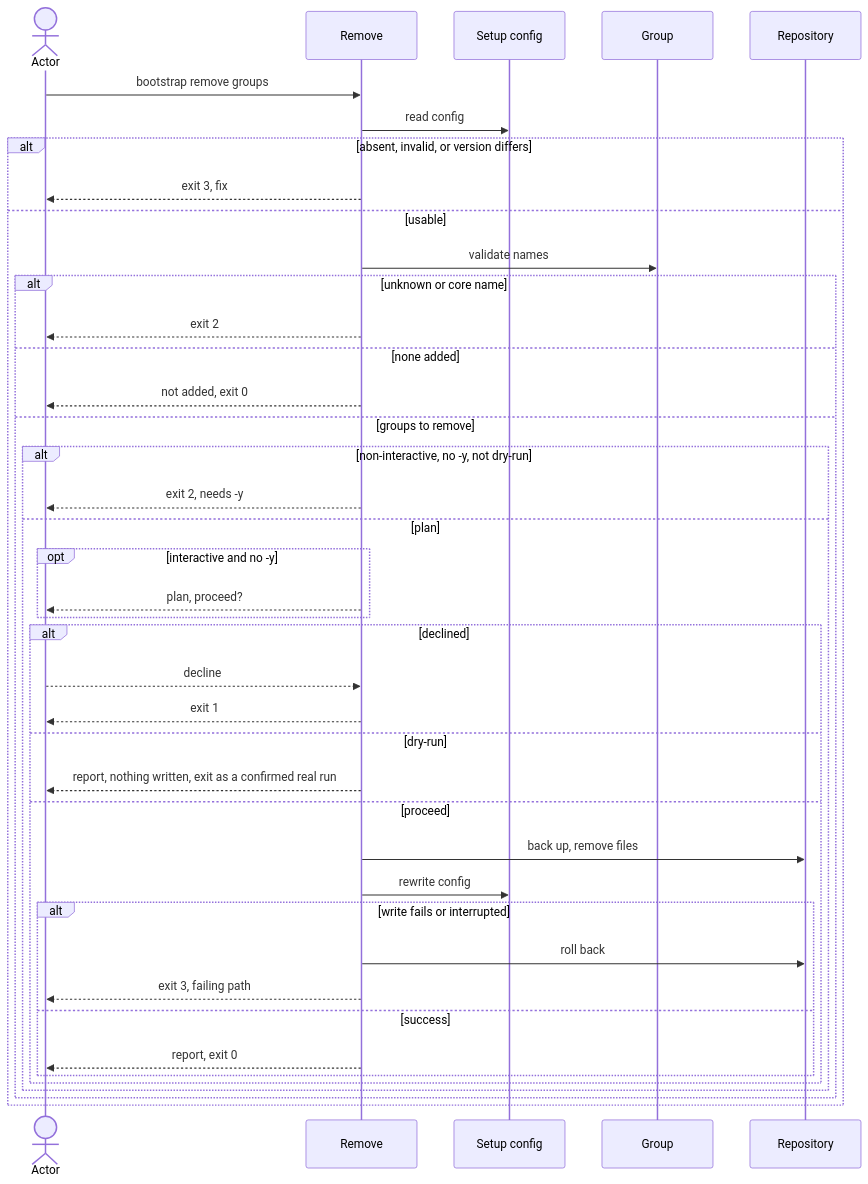
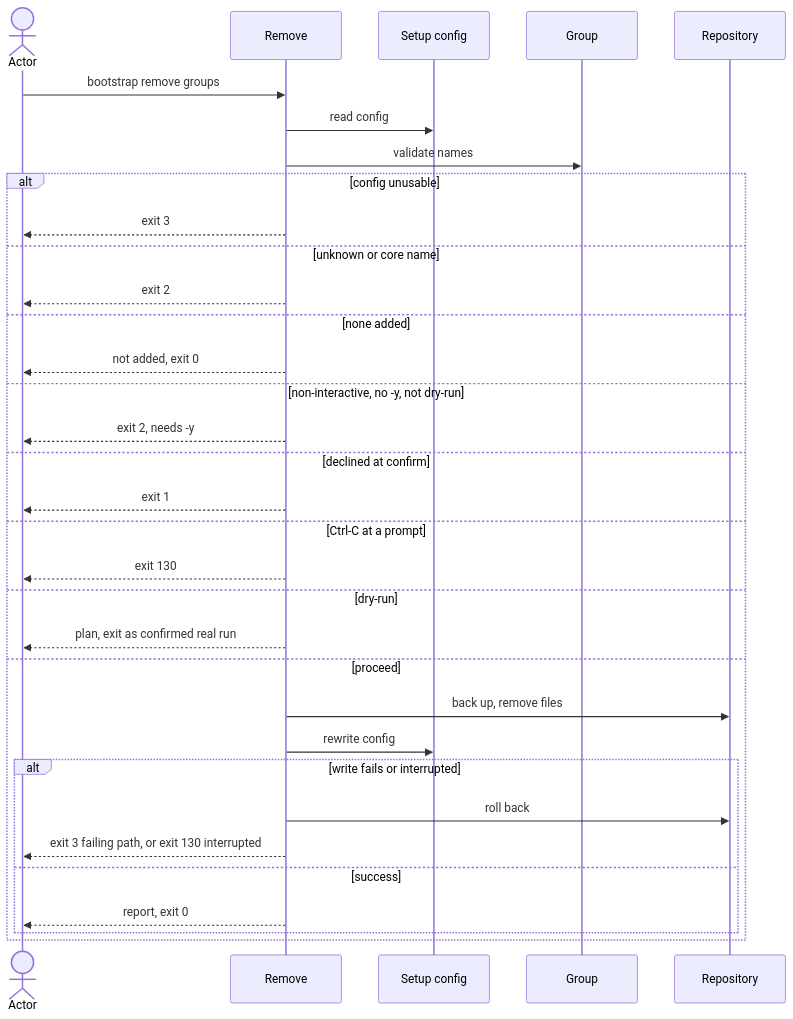
The diagram in docs/blueprint/flows/cli/150-remove-group/index.md (virajp/bootstrap), drawn with Mermaid before and after one commit. The commit also changed other lines of this file and 14 other files, not shown here.

Commit message:
docs: blueprint flow site/110-documentation, density pass, coherence fixes, coverage complete

````diff
--- a/docs/blueprint/flows/cli/150-remove-group/index.md
+++ b/docs/blueprint/flows/cli/150-remove-group/index.md
@@ -86,43 +76,35 @@
 ```mermaid
 sequenceDiagram
     actor O as Actor
     participant M as Remove
     participant C as Setup config
     participant G as Group
     participant R as Repository
     O->>M: bootstrap remove groups
     M->>C: read config
-    alt absent, invalid, or version differs
-        M-->>O: exit 3, fix
-    else usable
-        M->>G: validate names
-        alt unknown or core name
-            M-->>O: exit 2
-        else none added
-            M-->>O: not added, exit 0
-        else groups to remove
-            alt non-interactive, no -y, not dry-run
-                M-->>O: exit 2, needs -y
-            else plan
-                opt interactive and no -y
-                    M-->>O: plan, proceed?
-                end
-                alt declined
-                    O-->>M: decline
-                    M-->>O: exit 1
-                else dry-run
-                    M-->>O: report, nothing written, exit as a confirmed real run
-                else proceed
-                    M->>R: back up, remove files
-                    M->>C: rewrite config
-                    alt write fails or interrupted
-                        M->>R: roll back
-                        M-->>O: exit 3, failing path
-                    else success
-                        M-->>O: report, exit 0
-                    end
-                end
-            end
+    M->>G: validate names
+    alt config unusable
+        M-->>O: exit 3
+    else unknown or core name
+        M-->>O: exit 2
+    else none added
+        M-->>O: not added, exit 0
+    else non-interactive, no -y, not dry-run
+        M-->>O: exit 2, needs -y
+    else declined at confirm
+        M-->>O: exit 1
+    else Ctrl-C at a prompt
+        M-->>O: exit 130
+    else dry-run
+        M-->>O: plan, exit as confirmed real run
+    else proceed
+        M->>R: back up, remove files
+        M->>C: rewrite config
+        alt write fails or interrupted
+            M->>R: roll back
+            M-->>O: exit 3 failing path, or exit 130 interrupted
+        else success
+            M-->>O: report, exit 0
         end
     end
 ```
````
